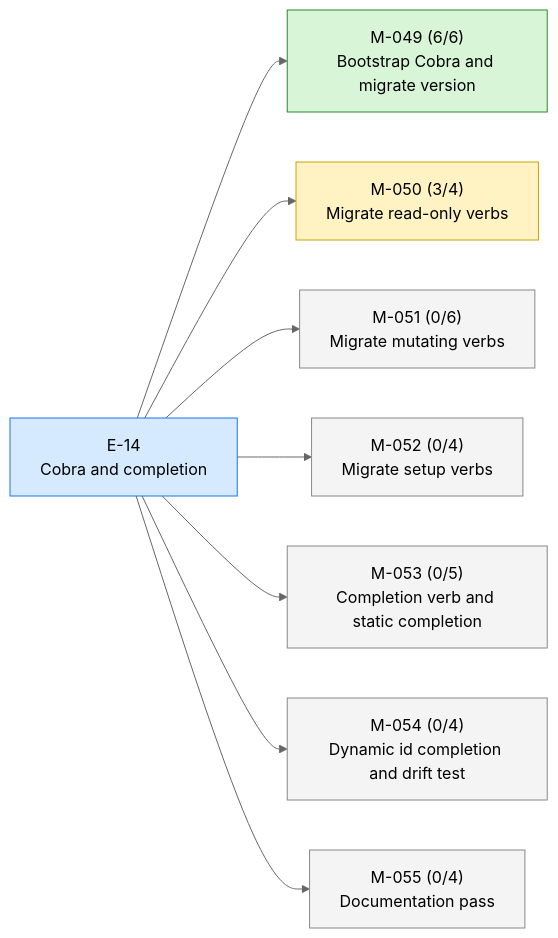
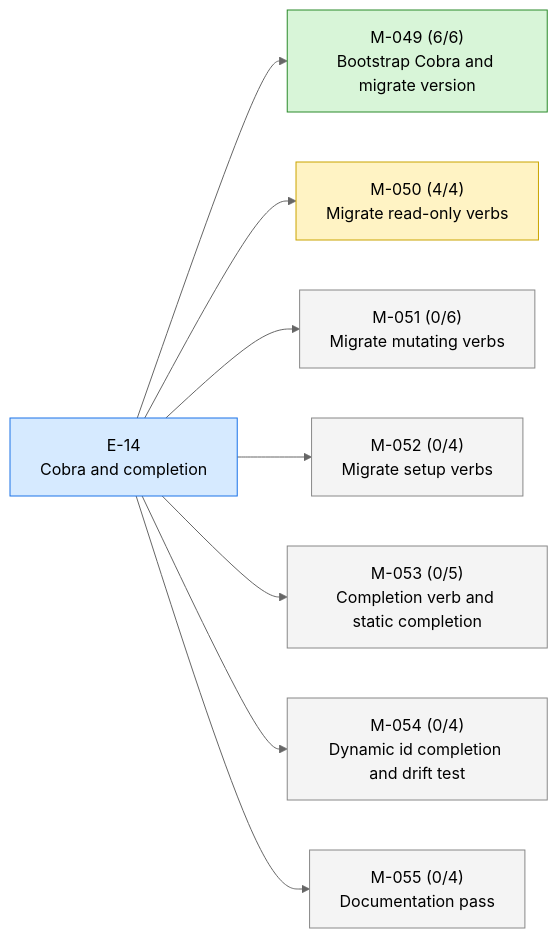
One commit to 23min/aiwf changed the first of 2 diagrams in STATUS.md. Above: the diagram before and after it, drawn with Mermaid (neutral theme). The commit also changed other lines of this file and 1 other file, not shown here.

````diff
--- a/STATUS.md
+++ b/STATUS.md
@@ -17,24 +17,24 @@
 ```mermaid
 flowchart LR
   E_14["E-14<br/>Cobra and completion"]:::epic_active
   M_049["M-049 (6/6)<br/>Bootstrap Cobra and migrate version"]:::ms_done
   E_14 --> M_049
-  M_050["M-050 (3/4)<br/>Migrate read-only verbs"]:::ms_in_progress
+  M_050["M-050 (4/4)<br/>Migrate read-only verbs"]:::ms_in_progress
   E_14 --> M_050
   M_051["M-051 (0/6)<br/>Migrate mutating verbs"]:::ms_draft
   E_14 --> M_051
   M_052["M-052 (0/4)<br/>Migrate setup verbs"]:::ms_draft
   E_14 --> M_052
   M_053["M-053 (0/5)<br/>Completion verb and static completion"]:::ms_draft
   E_14 --> M_053
   M_054["M-054 (0/4)<br/>Dynamic id completion and drift test"]:::ms_draft
   E_14 --> M_054
   M_055["M-055 (0/4)<br/>Documentation pass"]:::ms_draft
   E_14 --> M_055
   classDef epic_active fill:#d6eaff,stroke:#1a73e8,color:#000
   classDef epic_proposed fill:#f4f4f4,stroke:#888,color:#000
   classDef ms_done fill:#d8f5d8,stroke:#2a8a2a,color:#000
   classDef ms_in_progress fill:#fff3c4,stroke:#caa400,color:#000
   classDef ms_draft fill:#f4f4f4,stroke:#888,color:#000
   classDef ms_cancelled fill:#fbeaea,stroke:#c33,color:#000
 ```
````
